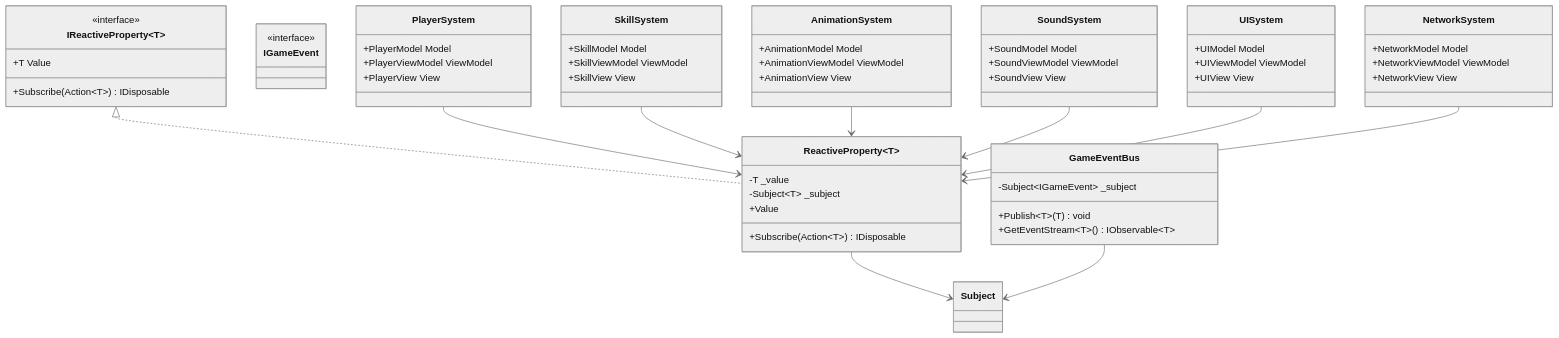
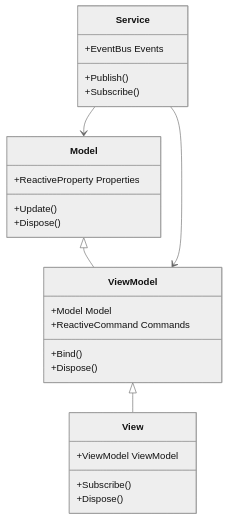
Before and after one commit to nel2116/GodotGame: the first of 4 diagrams in Docs/10_CoreDocs/12_Architecture/12_03_detailed_design.md, drawn with Mermaid (neutral theme). The commit also changed other lines of this file and 35 other files, not shown here.

````diff
--- a/Docs/10_CoreDocs/12_Architecture/12_03_detailed_design.md
+++ b/Docs/10_CoreDocs/12_Architecture/12_03_detailed_design.md
@@ -55,74 +52,28 @@
 ```mermaid
 classDiagram
-    %% コアコンポーネント
-    class IReactiveProperty~T~ {
-        <<interface>>
-        +T Value
-        +Subscribe(Action~T~) IDisposable
+    class Model {
+        +ReactiveProperty<T> Properties
+        +Update()
+        +Dispose()
     }
-
-    class ReactiveProperty~T~ {
-        -T _value
-        -Subject~T~ _subject
-        +Value
-        +Subscribe(Action~T~) IDisposable
+    class ViewModel {
+        +Model Model
+        +ReactiveCommand Commands
+        +Bind()
+        +Dispose()
     }
-
-    class IGameEvent {
-        <<interface>>
+    class View {
+        +ViewModel ViewModel
+        +Subscribe()
+        +Dispose()
     }
-
-    class GameEventBus {
-        -Subject~IGameEvent~ _subject
-        +Publish~T~(T) void
-        +GetEventStream~T~() IObservable~T~
+    class Service {
+        +EventBus Events
+        +Publish()
+        +Subscribe()
     }
-
-    %% システム実装
-    class PlayerSystem {
-        +PlayerModel Model
-        +PlayerViewModel ViewModel
-        +PlayerView View
-    }
-
-    class SkillSystem {
-        +SkillModel Model
-        +SkillViewModel ViewModel
-        +SkillView View
-    }
-
-    class AnimationSystem {
-        +AnimationModel Model
-        +AnimationViewModel ViewModel
-        +AnimationView View
-    }
-
-    class SoundSystem {
-        +SoundModel Model
-        +SoundViewModel ViewModel
-        +SoundView View
-    }
-
-    class UISystem {
-        +UIModel Model
-        +UIViewModel ViewModel
-        +UIView View
-    }
-
-    class NetworkSystem {
-        +NetworkModel Model
-        +NetworkViewModel ViewModel
-        +NetworkView View
-    }
-
-    %% 関係性
-    IReactiveProperty <|.. ReactiveProperty
-    ReactiveProperty --> Subject
-    GameEventBus --> Subject
-    PlayerSystem --> ReactiveProperty
-    SkillSystem --> ReactiveProperty
-    AnimationSystem --> ReactiveProperty
-    SoundSystem --> ReactiveProperty
-    UISystem --> ReactiveProperty
-    NetworkSystem --> ReactiveProperty
+    Model <|-- ViewModel
+    ViewModel <|-- View
+    Service --> Model
+    Service --> ViewModel
 ```
````
